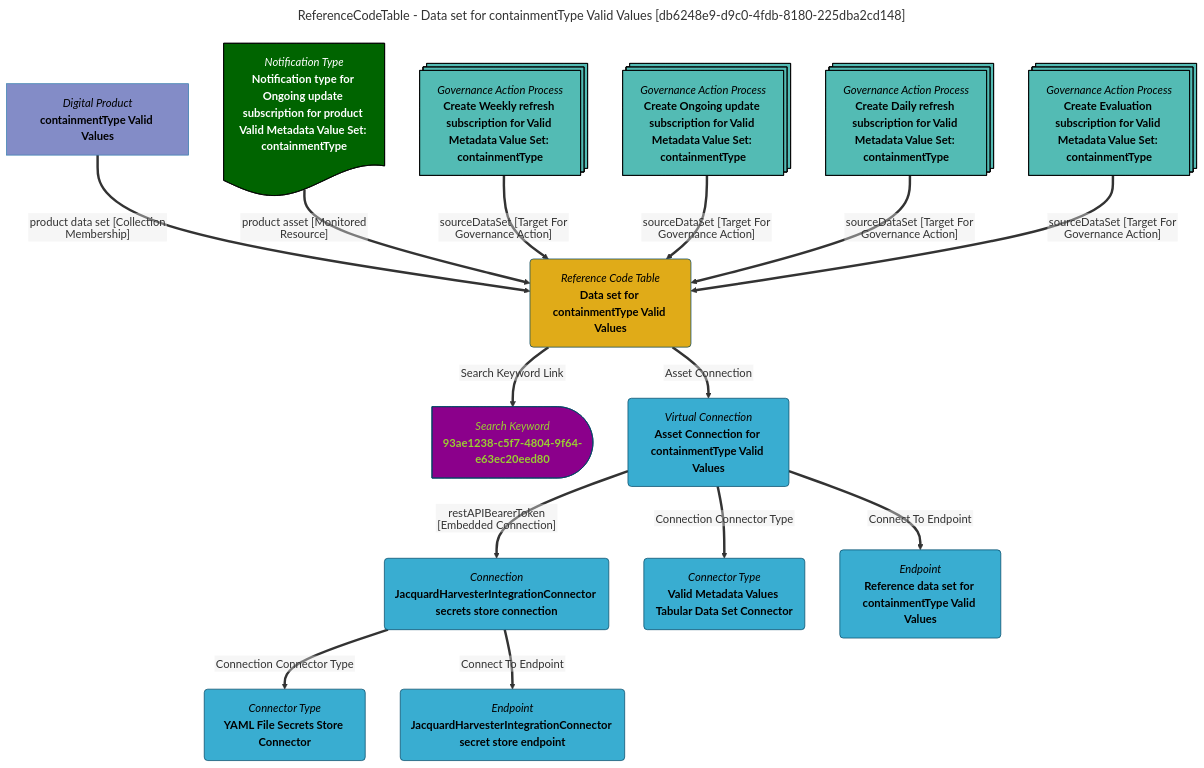
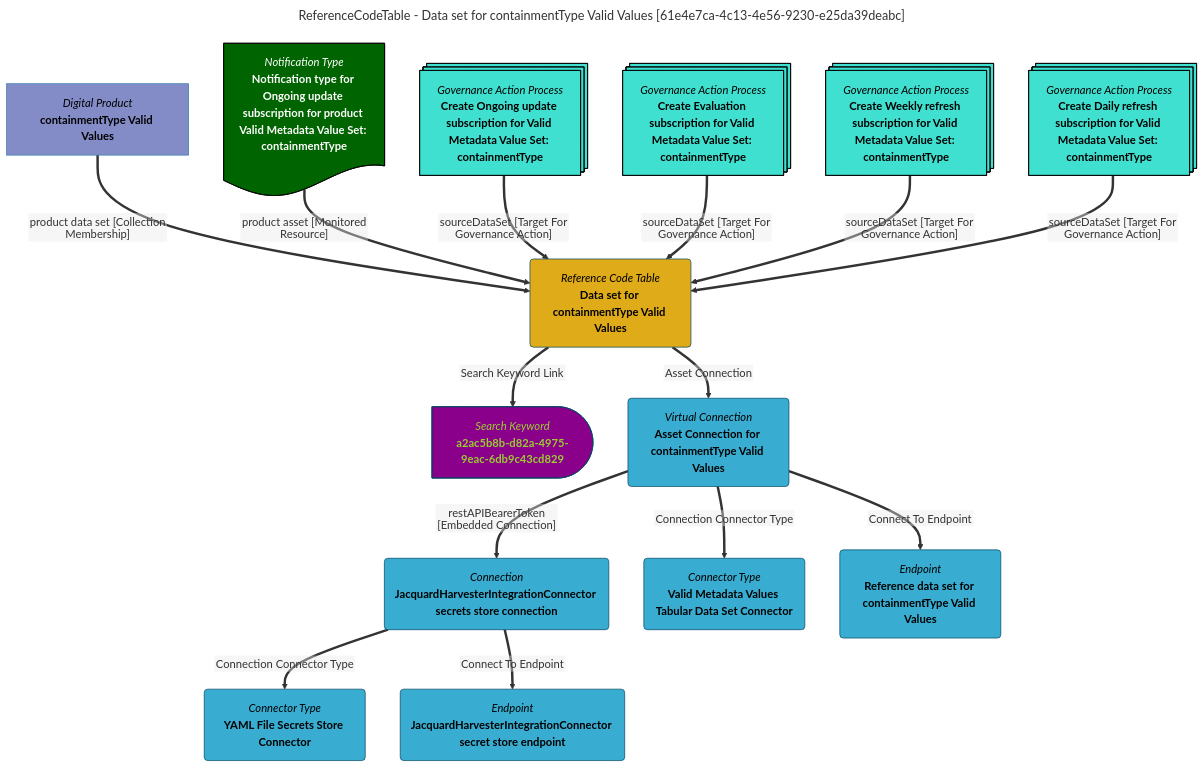
One commit to odpi/egeria-docs changed the diagram in site/snippets/data-assets/data-set-for-containmenttype-valid-values-mermaid-graph.md. Above: the diagram before and after it, drawn with Mermaid. The commit also changed 2201 other files, not shown here.

````diff
--- a/site/snippets/data-assets/data-set-for-containmenttype-valid-values-mermaid-graph.md
+++ b/site/snippets/data-assets/data-set-for-containmenttype-valid-values-mermaid-graph.md
@@ -1,63 +1,63 @@
 ```mermaid
 ---
-title: ReferenceCodeTable - Data set for containmentType Valid Values [db6248e9-d9c0-4fdb-8180-225dba2cd148]
+title: ReferenceCodeTable - Data set for containmentType Valid Values [61e4e7ca-4c13-4e56-9230-e25da39deabc]
 ---
 flowchart TD
 %%{init: {"flowchart": {"htmlLabels": false}} }%%
 
 1@{ shape: rounded, label: "*Reference Code Table*
 **Data set for containmentType Valid Values**"}
 2@{ shape: delay, label: "*Search Keyword*
-**93ae1238-c5f7-4804-9f64-e63ec20eed80**"}
+**a2ac5b8b-d82a-4975-9eac-6db9c43cd829**"}
 1==>|"Search Keyword Link"|2
 3@{ shape: rect, label: "*Digital Product*
 **containmentType Valid Values**"}
 3==>|"product data set [Collection Membership]"|1
 4@{ shape: rounded, label: "*Virtual Connection*
 **Asset Connection for containmentType Valid Values**"}
 1==>|"Asset Connection"|4
 5@{ shape: rounded, label: "*Connection*
 **JacquardHarvesterIntegrationConnector secrets store connection**"}
 4==>|"restAPIBearerToken [Embedded Connection]"|5
 6@{ shape: rounded, label: "*Connector Type*
 **YAML File Secrets Store Connector**"}
 5==>|"Connection Connector Type"|6
 7@{ shape: rounded, label: "*Endpoint*
 **JacquardHarvesterIntegrationConnector secret store endpoint**"}
 5==>|"Connect To Endpoint"|7
 8@{ shape: rounded, label: "*Connector Type*
 **Valid Metadata Values Tabular Data Set Connector**"}
 4==>|"Connection Connector Type"|8
 9@{ shape: rounded, label: "*Endpoint*
 **Reference data set for containmentType Valid Values**"}
 4==>|"Connect To Endpoint"|9
 10@{ shape: doc, label: "*Notification Type*
 **Notification type for Ongoing update subscription for product Valid Metadata Value Set: containmentType**"}
 10==>|"product asset [Monitored Resource]"|1
 11@{ shape: processes, label: "*Governance Action Process*
-**Create Weekly refresh subscription for Valid Metadata Value Set: containmentType**"}
+**Create Ongoing update subscription for Valid Metadata Value Set: containmentType**"}
 11==>|"sourceDataSet [Target For Governance Action]"|1
 12@{ shape: processes, label: "*Governance Action Process*
-**Create Ongoing update subscription for Valid Metadata Value Set: containmentType**"}
+**Create Evaluation subscription for Valid Metadata Value Set: containmentType**"}
 12==>|"sourceDataSet [Target For Governance Action]"|1
 13@{ shape: processes, label: "*Governance Action Process*
-**Create Daily refresh subscription for Valid Metadata Value Set: containmentType**"}
+**Create Weekly refresh subscription for Valid Metadata Value Set: containmentType**"}
 13==>|"sourceDataSet [Target For Governance Action]"|1
 14@{ shape: processes, label: "*Governance Action Process*
-**Create Evaluation subscription for Valid Metadata Value Set: containmentType**"}
+**Create Daily refresh subscription for Valid Metadata Value Set: containmentType**"}
 14==>|"sourceDataSet [Target For Governance Action]"|1
-style 11 color:#000000, fill:#53bbb4, stroke:#000000
-style 12 color:#000000, fill:#53bbb4, stroke:#000000
-style 13 color:#000000, fill:#53bbb4, stroke:#000000
-style 14 color:#000000, fill:#53bbb4, stroke:#000000
+style 11 color:#000000, fill:#40E0D0, stroke:#000000
+style 12 color:#000000, fill:#40E0D0, stroke:#000000
+style 13 color:#000000, fill:#40E0D0, stroke:#000000
+style 14 color:#000000, fill:#40E0D0, stroke:#000000
 style 1 color:#000000, fill:#e0ab18, stroke:#004563
-style 2 color:#9acd32, fill:#8b008b, stroke:#004563
+style 2 color:#9ACD32, fill:#8B008B, stroke:#004563
 style 3 color:#000000, fill:#838cc7, stroke:#3079ab
 style 4 color:#000000, fill:#39add1, stroke:#004563
 style 5 color:#000000, fill:#39add1, stroke:#004563
 style 6 color:#000000, fill:#39add1, stroke:#004563
 style 7 color:#000000, fill:#39add1, stroke:#004563
 style 8 color:#000000, fill:#39add1, stroke:#004563
 style 9 color:#000000, fill:#39add1, stroke:#004563
 style 10 color:#FFFFFF, fill:#006400, stroke:#000000
 ```
````
